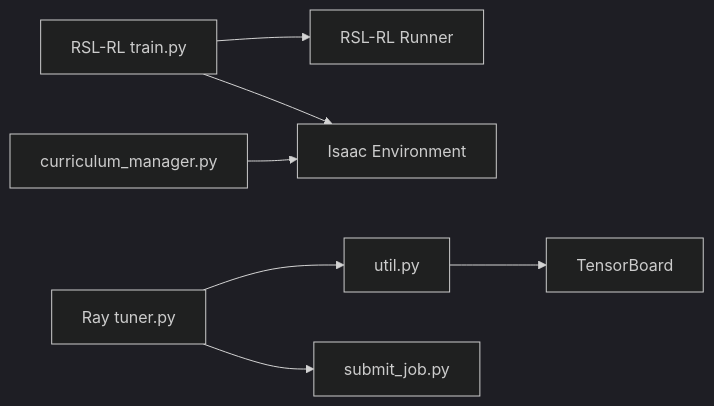
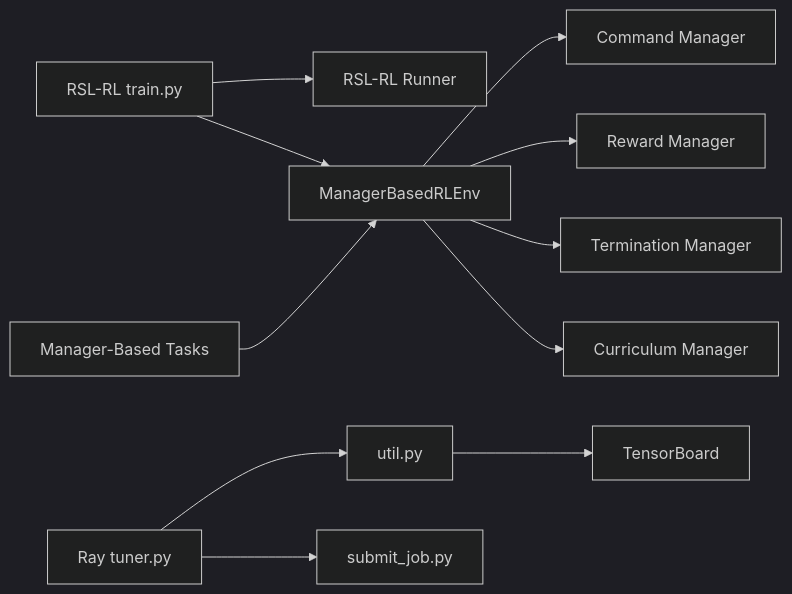
Before and after one commit to jayjayhust/extreme-quadruped-parkour: the tenth of 10 diagrams in .qoder/repowiki/en/content/Training and Experimentation/Training and Experimentation.md, drawn with Mermaid (dark theme). The commit also changed other lines of this file and 444 other files, not shown here.

````diff
--- a/.qoder/repowiki/en/content/Training and Experimentation/Training and Experimentation.md
+++ b/.qoder/repowiki/en/content/Training and Experimentation/Training and Experimentation.md
@@ -293,9 +363,13 @@
 ```mermaid
 graph LR
 T["RSL-RL train.py"] --> RL["RSL-RL Runner"]
-T --> ENV["Isaac Environment"]
+T --> ENV["ManagerBasedRLEnv"]
+MB["Manager-Based Tasks"] --> ENV
+ENV --> CM["Command Manager"]
+ENV --> RM["Reward Manager"]
+ENV --> TM["Termination Manager"]
+ENV --> CURM["Curriculum Manager"]
 RT["Ray tuner.py"] --> UT["util.py"]
 RT --> SUB["submit_job.py"]
 UT --> TB["TensorBoard"]
-CM["curriculum_manager.py"] --> ENV
 ```
````
